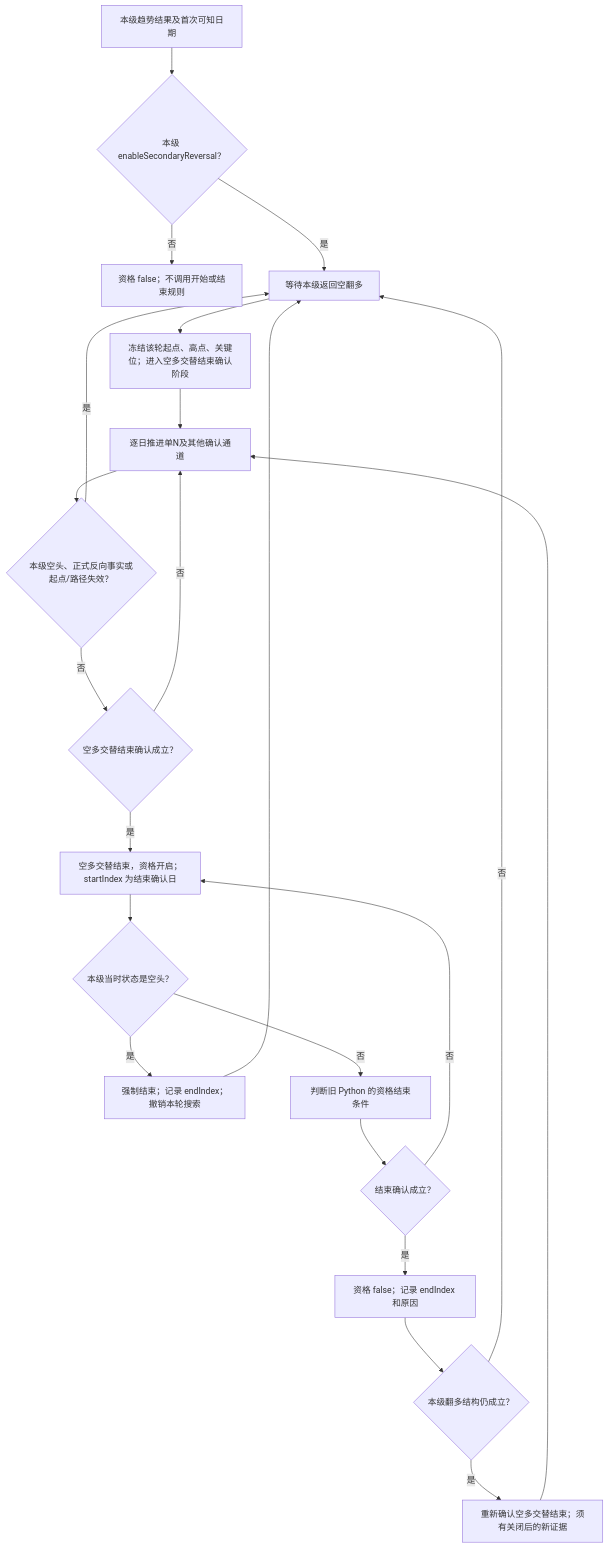
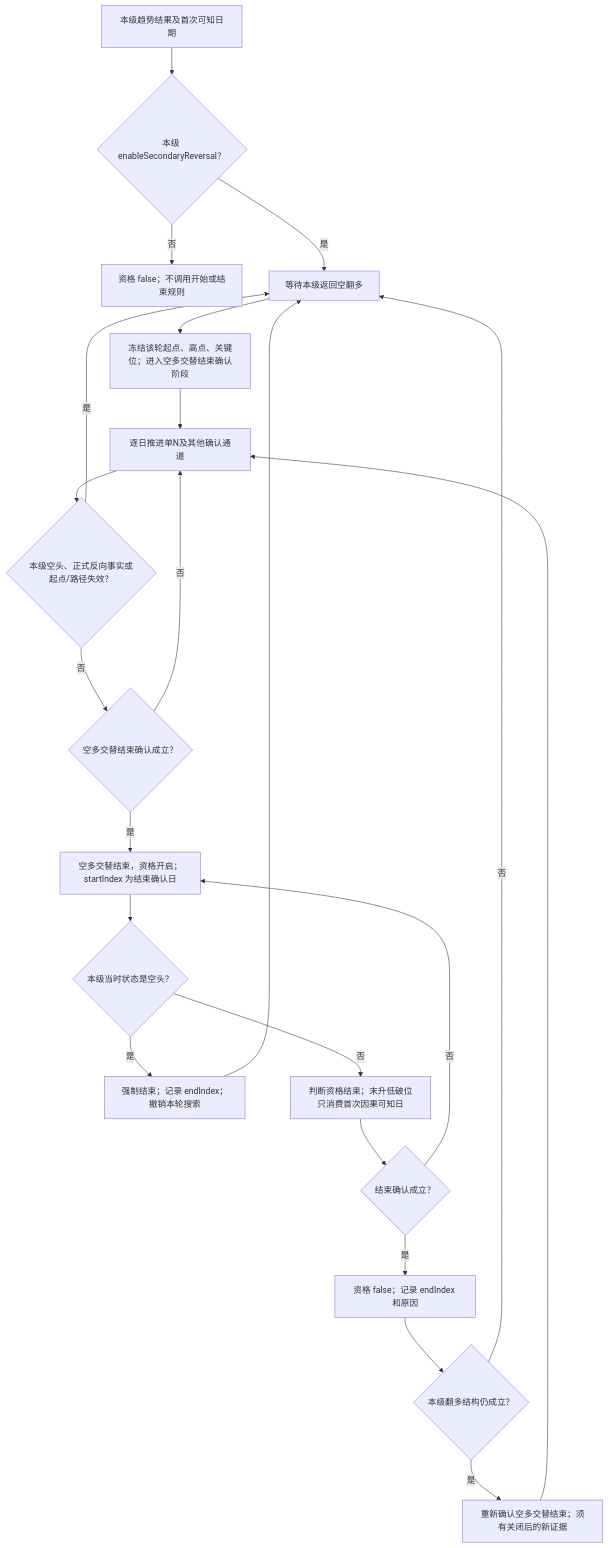
One commit to bobo553/wavequant-monorepo changed the fifth of 19 diagrams in docs/trend-analysis-flow.md. Above: the diagram before and after it, drawn with Mermaid. The commit also changed other lines of this file and 37 other files, not shown here.

````diff
--- a/docs/trend-analysis-flow.md
+++ b/docs/trend-analysis-flow.md
@@ -192,24 +200,24 @@
 ```mermaid
 flowchart TD
     A["本级趋势结果及首次可知日期"] --> B{"本级 enableSecondaryReversal？"}
     B -->|否| OFF["资格 false；不调用开始或结束规则"]
     B -->|是| WAIT["等待本级返回空翻多"]
     WAIT --> SEED["冻结该轮起点、高点、关键位；进入空多交替结束确认阶段"]
     SEED --> PENDING["逐日推进单N及其他确认通道"]
     PENDING --> INVALID{"本级空头、正式反向事实或起点/路径失效？"}
     INVALID -->|是| WAIT
     INVALID -->|否| START{"空多交替结束确认成立？"}
     START -->|否| PENDING
     START -->|是| ACTIVE["空多交替结束，资格开启；startIndex 为结束确认日"]
     ACTIVE --> BEAR{"本级当时状态是空头？"}
     BEAR -->|是| CLOSEBEAR["强制结束；记录 endIndex；撤销本轮搜索"]
     CLOSEBEAR --> WAIT
-    BEAR -->|否| END["判断旧 Python 的资格结束条件"]
+    BEAR -->|否| END["判断资格结束；末升低破位只消费首次因果可知日"]
     END --> CLOSED{"结束确认成立？"}
     CLOSED -->|否| ACTIVE
     CLOSED -->|是| CLOSE["资格 false；记录 endIndex 和原因"]
     CLOSE --> STILL{"本级翻多结构仍成立？"}
     STILL -->|否| WAIT
     STILL -->|是| FRESH["重新确认空多交替结束；须有关闭后的新证据"]
     FRESH --> PENDING
 ```
````
